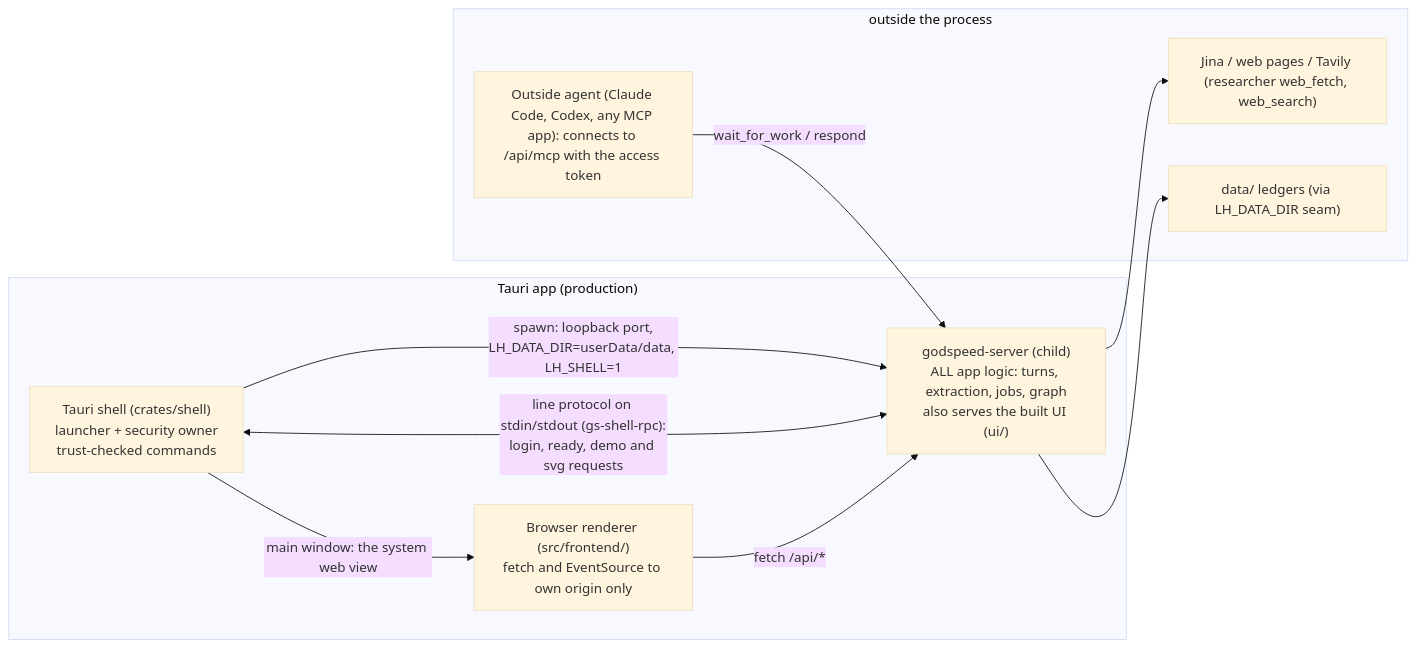
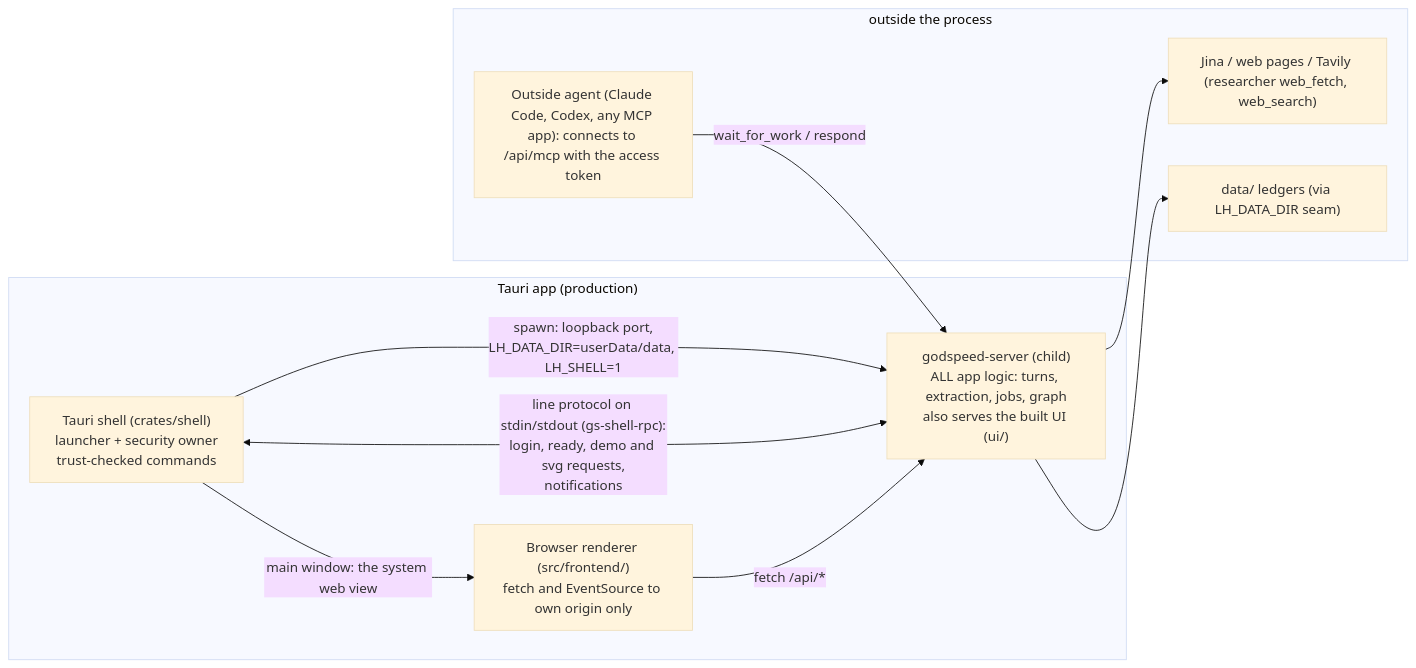
One commit to bayshores/godspeed changed the seventh of 7 diagrams in docs/architecture.md. Above: the diagram before and after it, drawn with Mermaid (base theme). The commit also changed other lines of this file and 26 other files, not shown here.

````diff
--- a/docs/architecture.md
+++ b/docs/architecture.md
@@ -449,17 +451,17 @@
 ```mermaid
 flowchart LR
     subgraph DESKTOP["Tauri app (production)"]
         SHELLP["Tauri shell (crates/shell)<br/>launcher + security owner<br/>trust-checked commands"] -->|"spawn: loopback port,<br/>LH_DATA_DIR=userData/data, LH_SHELL=1"| SRV["godspeed-server (child)<br/>ALL app logic: turns, extraction, jobs, graph<br/>also serves the built UI (ui/)"]
-        SHELLP <-->|"line protocol on stdin/stdout (gs-shell-rpc):<br/>login, ready, demo and svg requests"| SRV
+        SHELLP <-->|"line protocol on stdin/stdout (gs-shell-rpc):<br/>login, ready, demo and svg requests,<br/>notifications"| SRV
         SHELLP -->|"main window: the system web view"| REND["Browser renderer (src/frontend/)<br/>fetch and EventSource to own origin only"]
     end
     subgraph OUTSIDE["outside the process"]
         OR["Outside agent (Claude Code, Codex, any MCP app): connects to /api/mcp with the access token"]
         GCSE["Jina / web pages / Tavily (researcher web_fetch, web_search)"]
         DISK["data/ ledgers (via LH_DATA_DIR seam)"]
     end
     OR -->|"wait_for_work / respond"| SRV
     SRV --> GCSE
     SRV --> DISK
     REND -->|"fetch /api/*"| SRV
 ```
````
